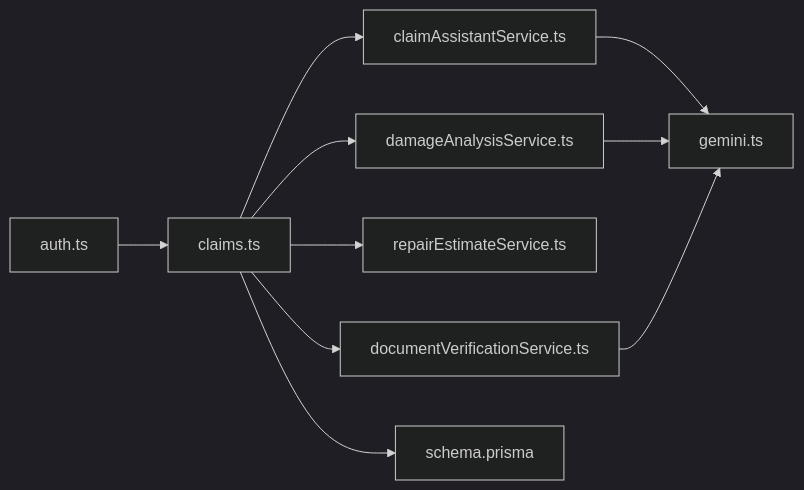
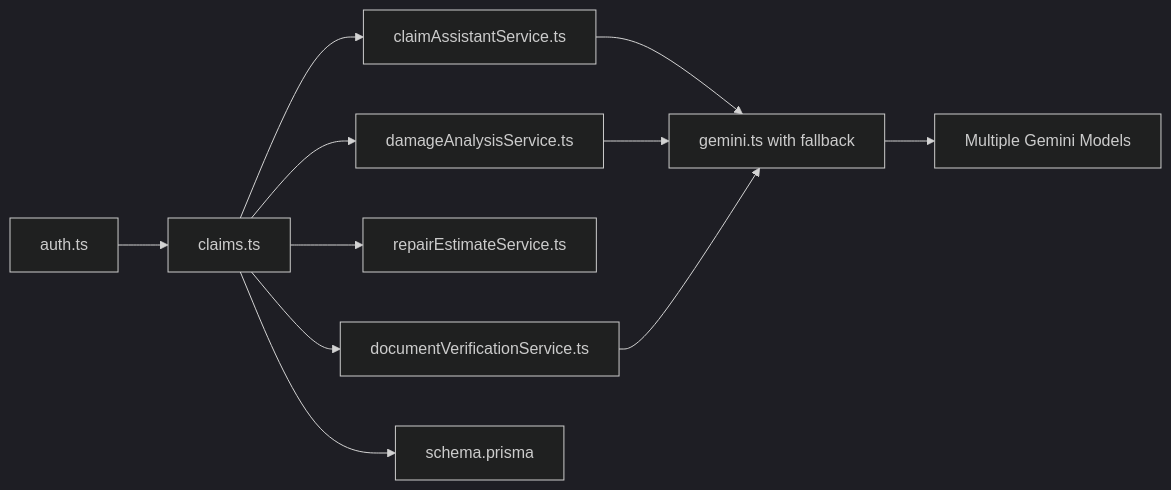
One commit to NaveenHiranya/Smart-Vehicle-Insurance-Claim-System changed the eighth of 8 diagrams in .qoder/repowiki/en/content/AI Services Integration/Claim Assistant Chat Service.md. Above: the diagram before and after it, drawn with Mermaid (dark theme). The commit also changed other lines of this file and 41 other files, not shown here.

````diff
--- a/.qoder/repowiki/en/content/AI Services Integration/Claim Assistant Chat Service.md
+++ b/.qoder/repowiki/en/content/AI Services Integration/Claim Assistant Chat Service.md
@@ -255,12 +296,13 @@
 ```mermaid
 graph LR
 Auth["auth.ts"] --> Claims["claims.ts"]
 Claims --> Assistant["claimAssistantService.ts"]
 Claims --> Damage["damageAnalysisService.ts"]
 Claims --> Repair["repairEstimateService.ts"]
 Claims --> Docs["documentVerificationService.ts"]
-Assistant --> Gemini["gemini.ts"]
+Assistant --> Gemini["gemini.ts with fallback"]
 Damage --> Gemini
 Docs --> Gemini
 Claims --> Schema["schema.prisma"]
+Gemini --> Models["Multiple Gemini Models"]
 ```
````
